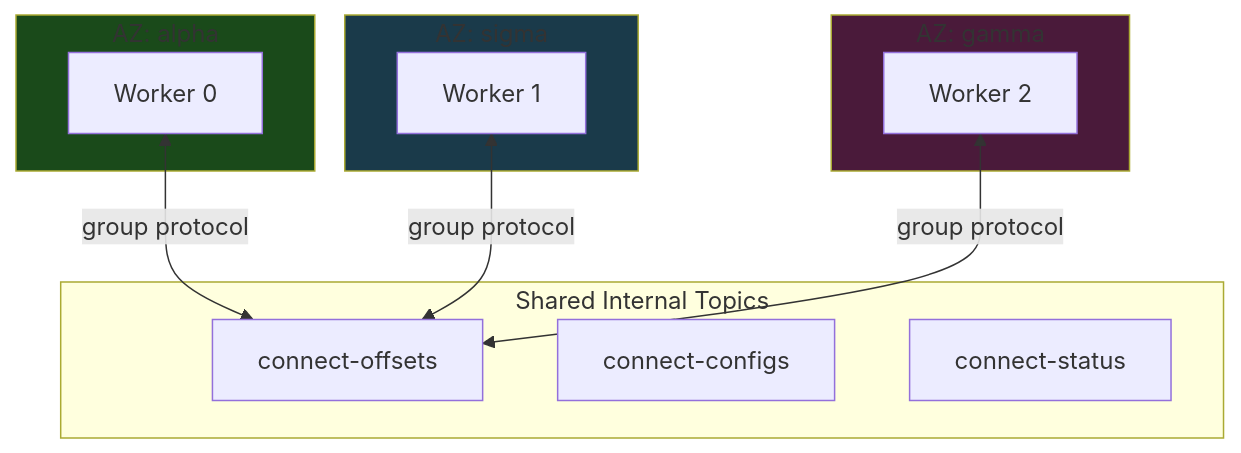
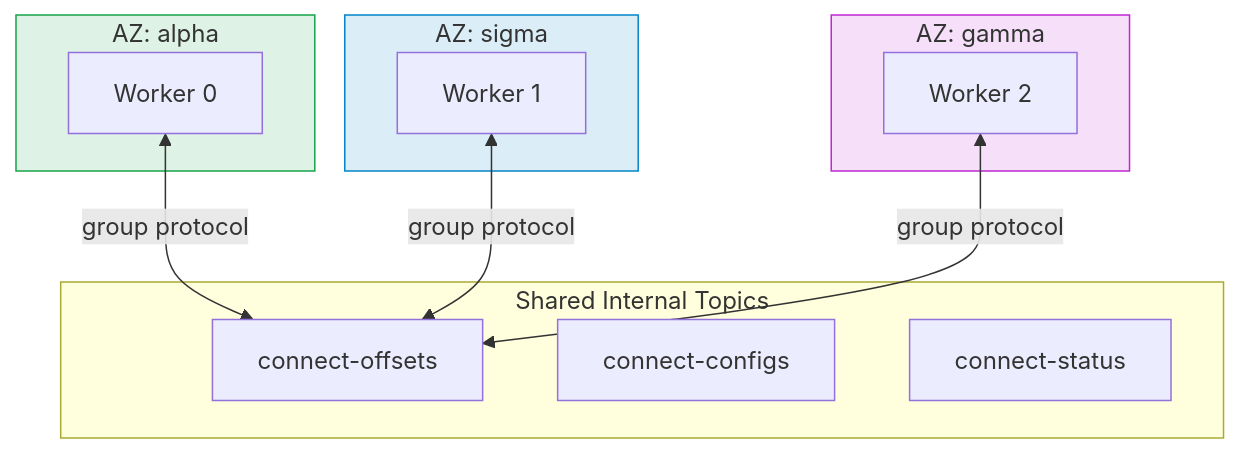
One commit to actions-marketplace-validations/bmscomp_kates changed the first of 5 diagrams in docs/book/operating-kafka-connect.md. Above: the diagram before and after it, drawn with Mermaid. The commit also changed 21 other files, not shown here.

First line of the commit message:
docs(book): readable code and diagrams, and a light/dark theme (#187)

````diff
--- a/docs/book/operating-kafka-connect.md
+++ b/docs/book/operating-kafka-connect.md
@@ -18,28 +18,28 @@
 ```mermaid
 graph TB
     subgraph AZ_Alpha["AZ: alpha"]
         W0["Worker 0"]
     end
 
     subgraph AZ_Sigma["AZ: sigma"]
         W1["Worker 1"]
     end
 
     subgraph AZ_Gamma["AZ: gamma"]
         W2["Worker 2"]
     end
 
     subgraph Kafka_Internal["Shared Internal Topics"]
         OFF["connect-offsets"]
         CFG["connect-configs"]
         STA["connect-status"]
     end
 
     W0 <-->|"group protocol"| OFF
     W1 <-->|"group protocol"| OFF
     W2 <-->|"group protocol"| OFF
 
-    style AZ_Alpha fill:#1a4a1a
-    style AZ_Sigma fill:#1a3a4a
-    style AZ_Gamma fill:#4a1a3a
+    style AZ_Alpha fill:#16a34a24,stroke:#16a34a
+    style AZ_Sigma fill:#0284c724,stroke:#0284c7
+    style AZ_Gamma fill:#c026d324,stroke:#c026d3
 ```
````
